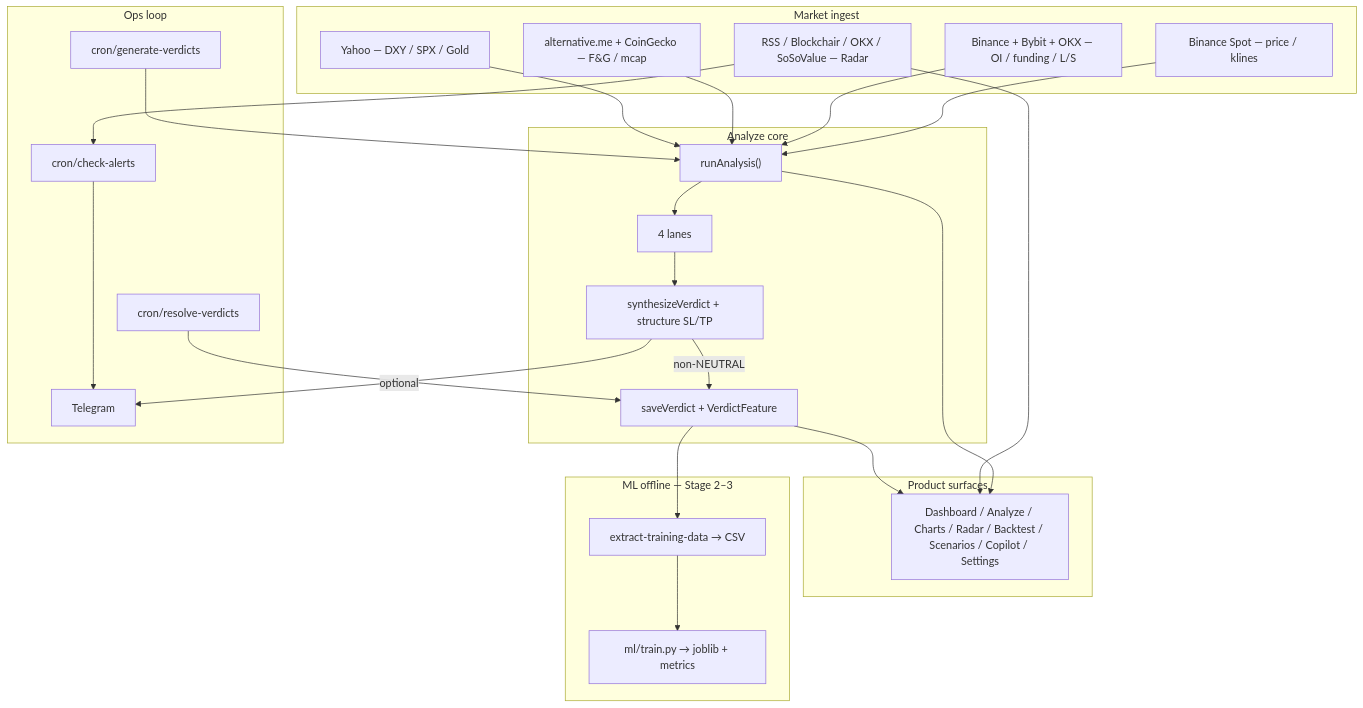
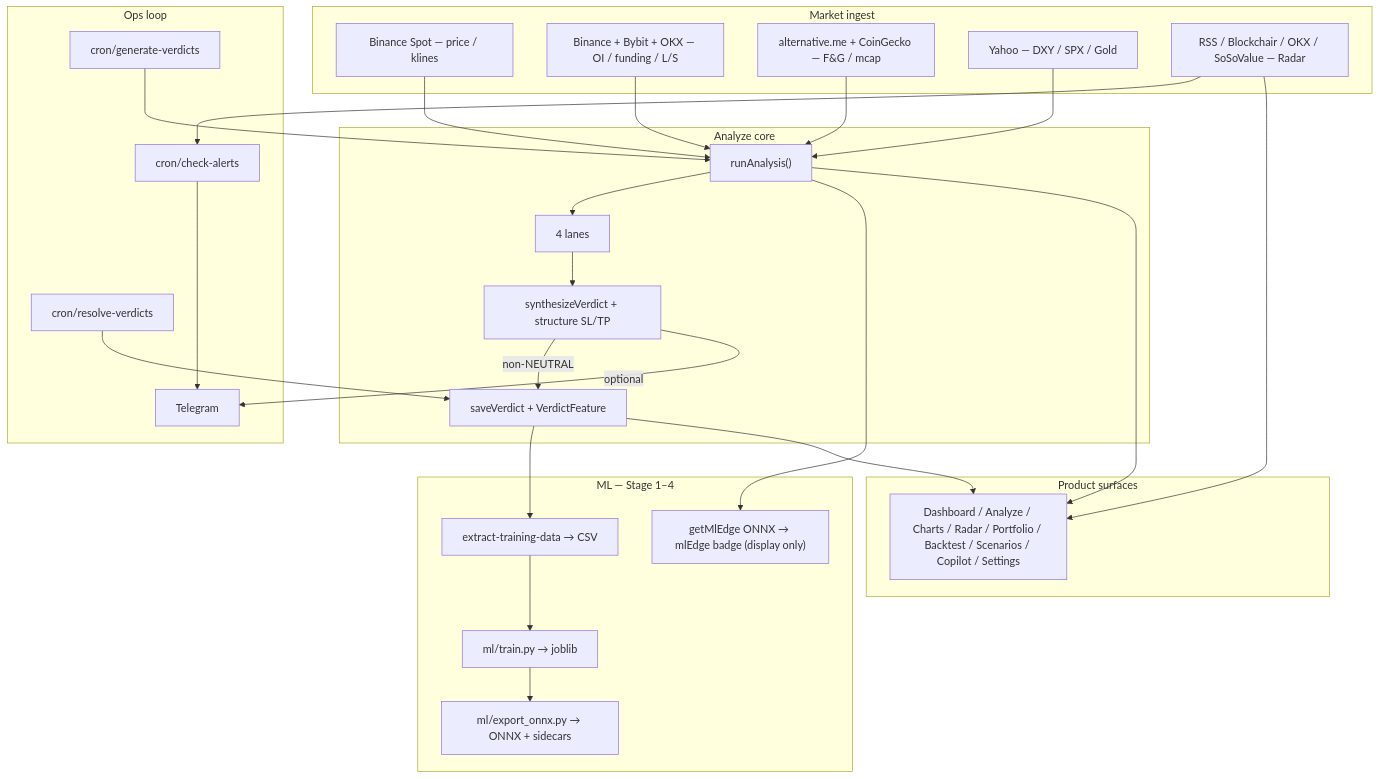
One commit to bistdheerendra/crypto-tracker changed the first of 4 diagrams in docs/PROJECT.md. Above: the diagram before and after it, drawn with Mermaid. The commit also changed other lines of this file and 2 other files, not shown here.

Commit message:
Retrain and export ML baseline ONNX for live edge.

````diff
--- a/docs/PROJECT.md
+++ b/docs/PROJECT.md
@@ -71,44 +90,47 @@
 ```mermaid
 flowchart TB
   subgraph Ingest["Market ingest"]
     Spot["Binance Spot — price / klines"]
     Flow["Binance + Bybit + OKX — OI / funding / L/S"]
     Narr["alternative.me + CoinGecko — F&G / mcap"]
     Macro["Yahoo — DXY / SPX / Gold"]
     RadarSrc["RSS / Blockchair / OKX / SoSoValue — Radar"]
   end
 
   subgraph Core["Analyze core"]
     Run["runAnalysis()"]
     Lanes["4 lanes"]
     Synth["synthesizeVerdict + structure SL/TP"]
     Save["saveVerdict + VerdictFeature"]
   end
 
   subgraph Ops["Ops loop"]
     GenCron["cron/generate-verdicts"]
     ResCron["cron/resolve-verdicts"]
     AlertCron["cron/check-alerts"]
     TG["Telegram"]
   end
 
   subgraph Product["Product surfaces"]
-    UI["Dashboard / Analyze / Charts / Radar / Backtest / Scenarios / Copilot / Settings"]
+    UI["Dashboard / Analyze / Charts / Radar / Portfolio / Backtest / Scenarios / Copilot / Settings"]
   end
 
-  subgraph ML["ML offline — Stage 2–3"]
+  subgraph ML["ML — Stage 1–4"]
     Extract["extract-training-data → CSV"]
-    Train["ml/train.py → joblib + metrics"]
+    Train["ml/train.py → joblib"]
+    Export["ml/export_onnx.py → ONNX + sidecars"]
+    Infer["getMlEdge ONNX → mlEdge badge (display only)"]
   end
 
   Spot & Flow & Narr & Macro --> Run
   Run --> Lanes --> Synth
   Synth -->|non-NEUTRAL| Save
   Synth -->|optional| TG
   GenCron --> Run
   ResCron --> Save
   RadarSrc --> AlertCron --> TG
-  Save --> Extract --> Train
+  Save --> Extract --> Train --> Export
+  Run --> Infer
   Run & RadarSrc --> UI
   Save --> UI
 ```
````
